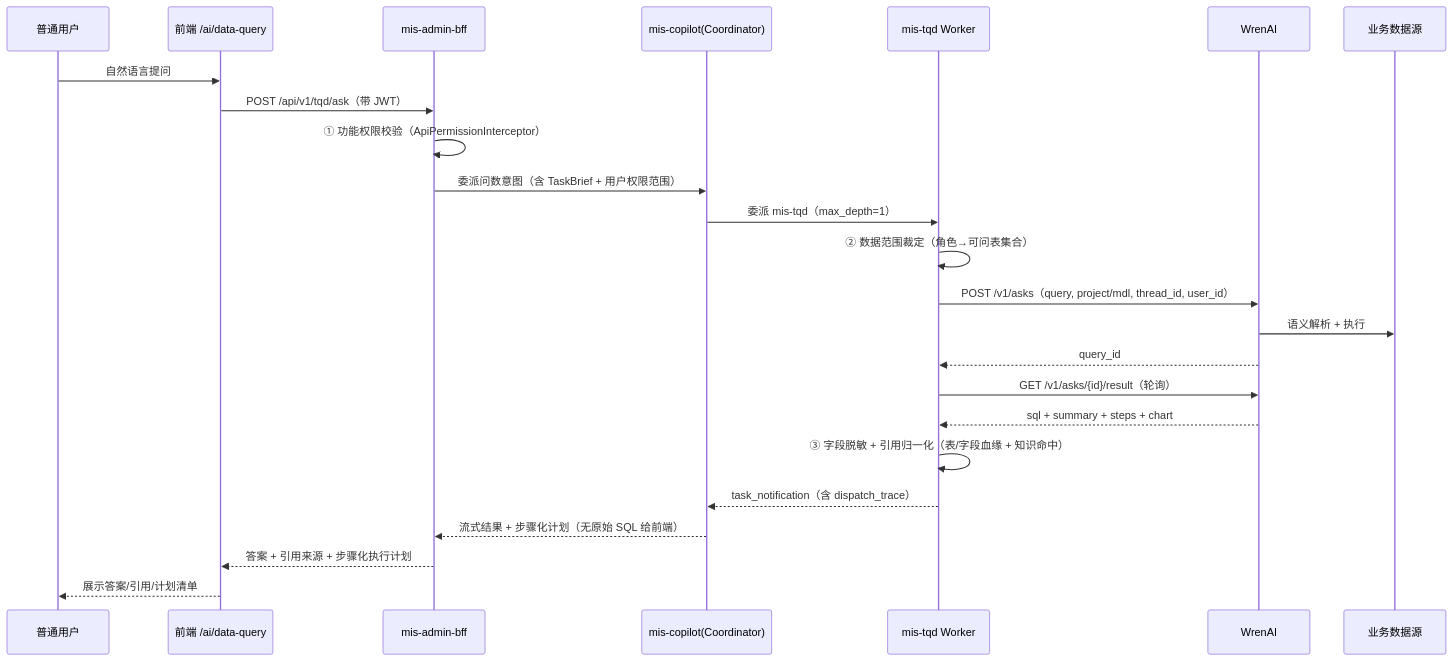
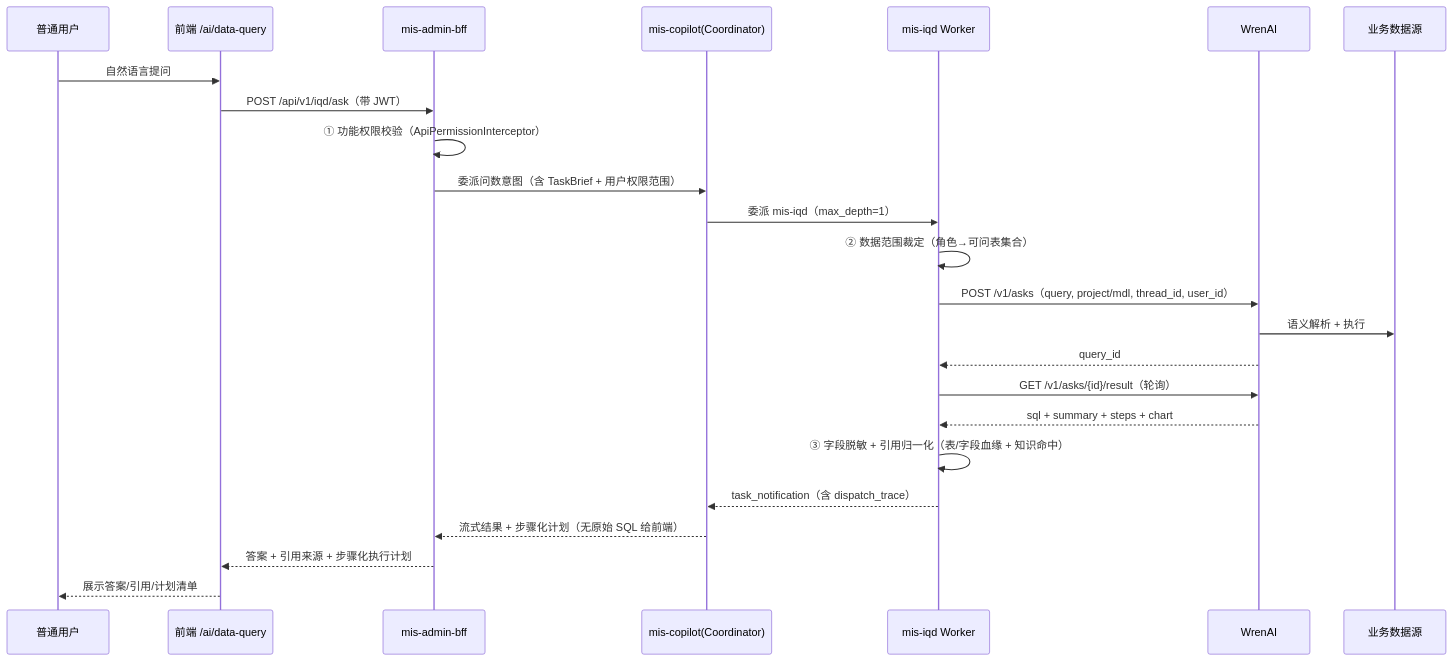
Before and after one commit to 13961588612/mis-platform: the third of 5 diagrams in docs/ai-fusion/wrenai/prd.md, drawn with Mermaid. The commit also changed other lines of this file and 12 other files, not shown here.

First line of the commit message:
docs(wrenai): rename module/table prefix tqd -> iqd (mis-tqd -> mis-iqd, tqd_* -> iqd_*)

````diff
--- a/docs/ai-fusion/wrenai/prd.md
+++ b/docs/ai-fusion/wrenai/prd.md
@@ -220,27 +220,27 @@
 ```mermaid
 sequenceDiagram
   participant U as 普通用户
   participant FE as 前端 /ai/data-query
   participant BFF as mis-admin-bff
   participant CO as mis-copilot(Coordinator)
-  participant W as mis-tqd Worker
+  participant W as mis-iqd Worker
   participant AI as WrenAI
   participant DB as 业务数据源
 
   U->>FE: 自然语言提问
-  FE->>BFF: POST /api/v1/tqd/ask（带 JWT）
+  FE->>BFF: POST /api/v1/iqd/ask（带 JWT）
   BFF->>BFF: ① 功能权限校验（ApiPermissionInterceptor）
   BFF->>CO: 委派问数意图（含 TaskBrief + 用户权限范围）
-  CO->>W: 委派 mis-tqd（max_depth=1）
+  CO->>W: 委派 mis-iqd（max_depth=1）
   W->>W: ② 数据范围裁定（角色→可问表集合）
   W->>AI: POST /v1/asks（query, project/mdl, thread_id, user_id）
   AI->>DB: 语义解析 + 执行
   AI-->>W: query_id
   W->>AI: GET /v1/asks/{id}/result（轮询）
   AI-->>W: sql + summary + steps + chart
   W->>W: ③ 字段脱敏 + 引用归一化（表/字段血缘 + 知识命中）
   W-->>CO: task_notification（含 dispatch_trace）
   CO-->>BFF: 流式结果 + 步骤化计划（无原始 SQL 给前端）
   BFF-->>FE: 答案 + 引用来源 + 步骤化执行计划
   FE-->>U: 展示答案/引用/计划清单
 ```
````
